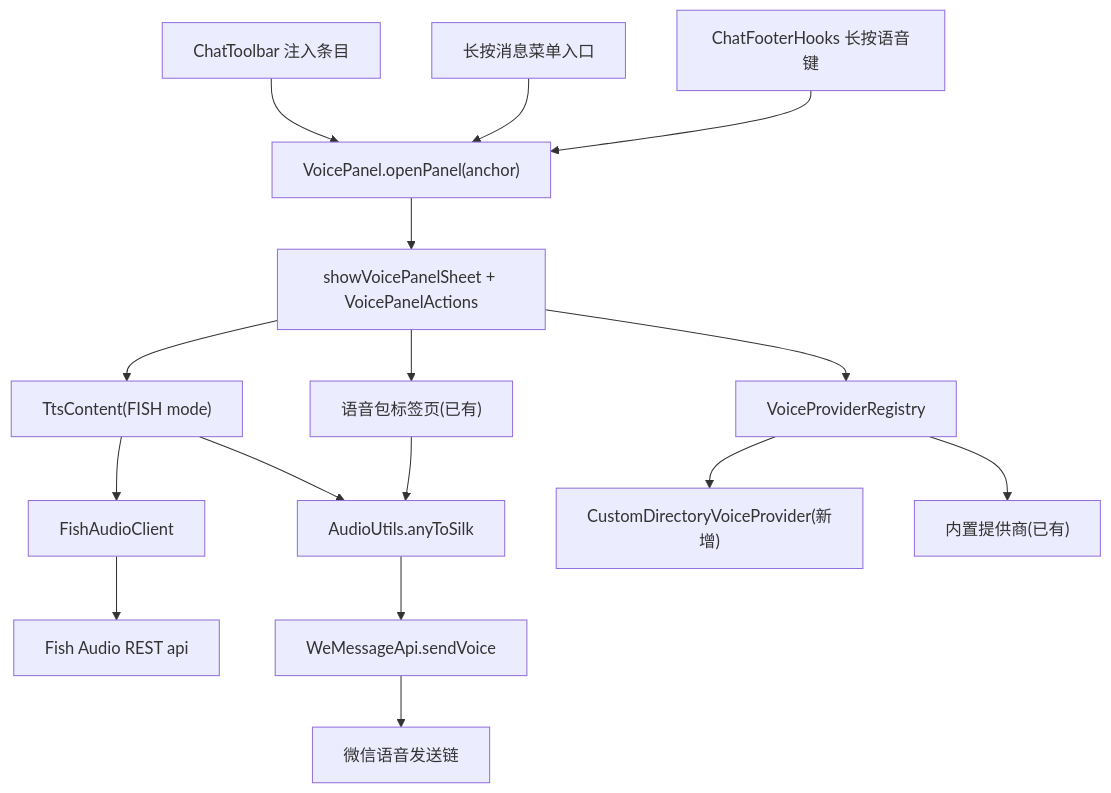
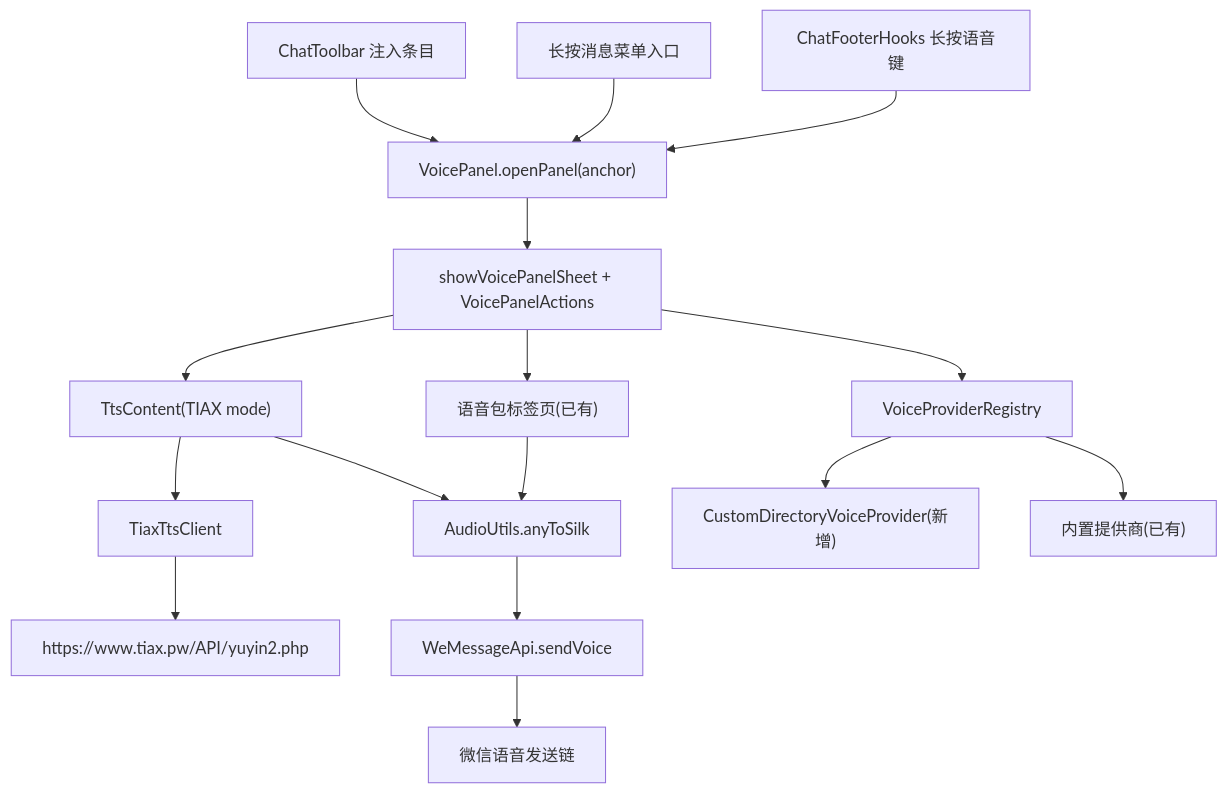
Before and after one commit to qq657585180/WeKitsun: the diagram in .monkeycode/specs/voice-messages/design.md, drawn with Mermaid. The commit also changed other lines of this file, not shown here.

First line of the commit message:
语音消息设计更新：tiax ULikeCam 为主要 TTS 源（契约实测确认）

````diff
--- a/.monkeycode/specs/voice-messages/design.md
+++ b/.monkeycode/specs/voice-messages/design.md
@@ -14,18 +14,18 @@
 ```mermaid
 graph TD
     A["ChatToolbar 注入条目"] --> E["VoicePanel.openPanel(anchor)"]
     B["长按消息菜单入口"] --> E
     C["ChatFooterHooks 长按语音键"] --> E
     E --> F["showVoicePanelSheet + VoicePanelActions"]
-    F --> G["TtsContent(FISH mode)"]
+    F --> G["TtsContent(TIAX mode)"]
     F --> H["语音包标签页(已有)"]
-    G --> I["FishAudioClient"]
-    I --> J["Fish Audio REST api"]
+    G --> I["TiaxTtsClient"]
+    I --> J["https://www.tiax.pw/API/yuyin2.php"]
     F --> K["VoiceProviderRegistry"]
     K --> L["CustomDirectoryVoiceProvider(新增)"]
     K --> M["内置提供商(已有)"]
     G --> N["AudioUtils.anyToSilk"]
     H --> N
     N --> O["WeMessageApi.sendVoice"]
     O --> P["微信语音发送链"]
 ```
````
